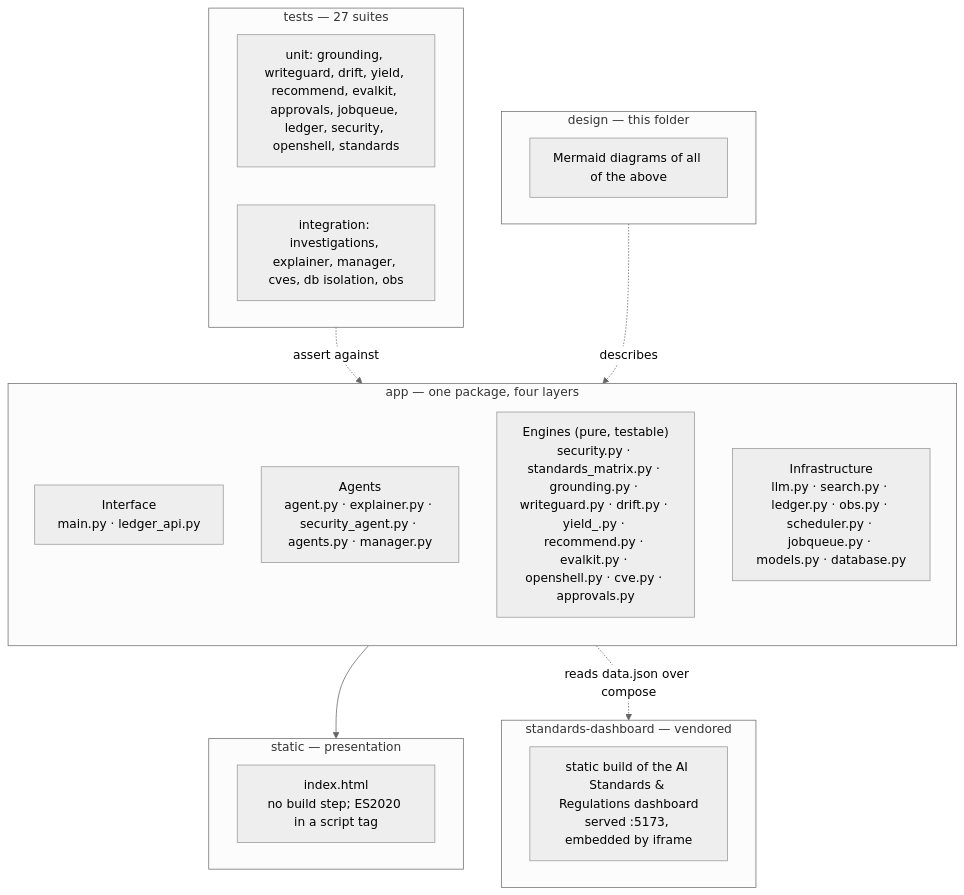
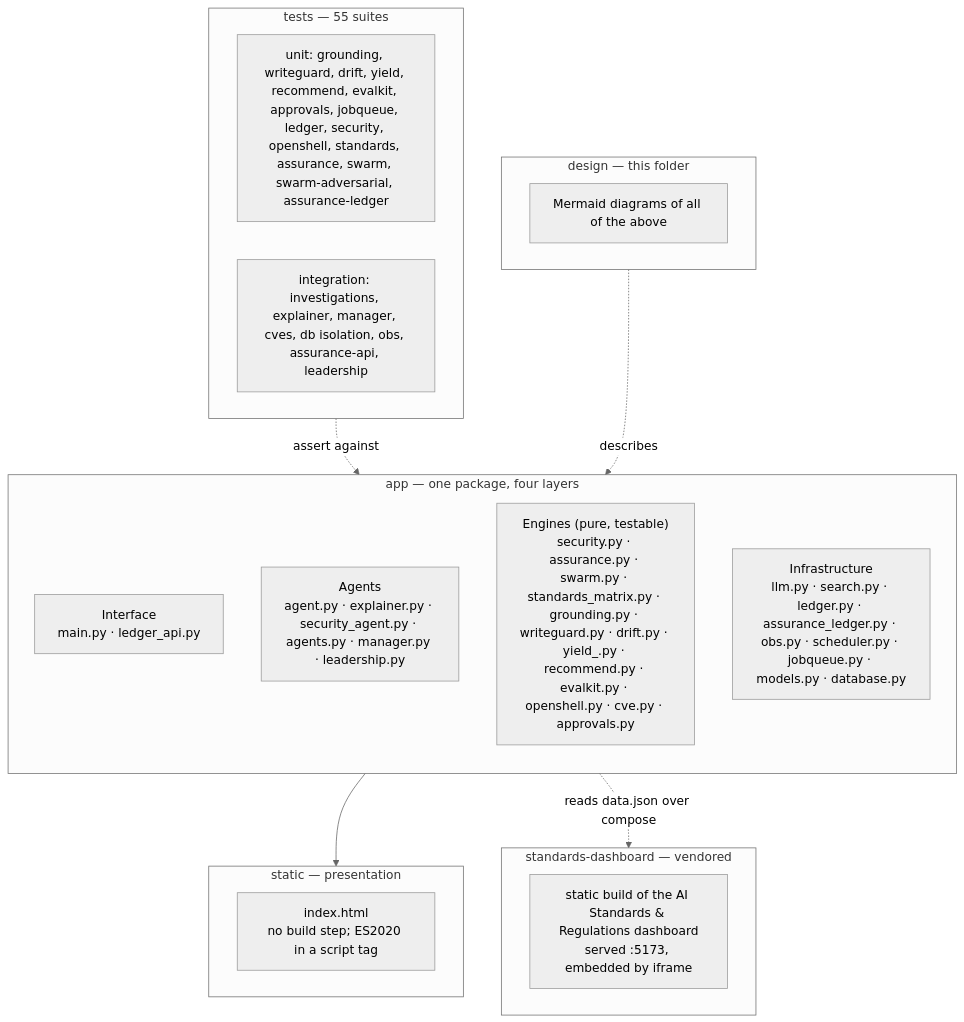
Before and after one commit to harishgovardhandamodar/agentic-knowledge-mapper: the third of 5 diagrams in design/02-uml.md, drawn with Mermaid (neutral theme). The commit also changed other lines of this file and 9 other files, not shown here.

First line of the commit message:
Documentation: assurance closed loop, UML/diagrams, design & architecture, README

````diff
--- a/design/02-uml.md
+++ b/design/02-uml.md
@@ -202,28 +264,28 @@
 ```mermaid
 flowchart TB
     subgraph P1["app — one package, four layers"]
         direction TB
         L1["Interface<br/>main.py · ledger_api.py"]
-        L2["Agents<br/>agent.py · explainer.py · security_agent.py · agents.py · manager.py"]
-        L3["Engines (pure, testable)<br/>security.py · standards_matrix.py · grounding.py · writeguard.py · drift.py · yield_.py · recommend.py · evalkit.py · openshell.py · cve.py · approvals.py"]
-        L4["Infrastructure<br/>llm.py · search.py · ledger.py · obs.py · scheduler.py · jobqueue.py · models.py · database.py"]
+        L2["Agents<br/>agent.py · explainer.py · security_agent.py · agents.py · manager.py · leadership.py"]
+        L3["Engines (pure, testable)<br/>security.py · assurance.py · swarm.py · standards_matrix.py · grounding.py · writeguard.py · drift.py · yield_.py · recommend.py · evalkit.py · openshell.py · cve.py · approvals.py"]
+        L4["Infrastructure<br/>llm.py · search.py · ledger.py · assurance_ledger.py · obs.py · scheduler.py · jobqueue.py · models.py · database.py"]
     end
     subgraph P2["static — presentation"]
         S1["index.html<br/>no build step; ES2020 in a script tag"]
     end
-    subgraph P3["tests — 27 suites"]
-        T1["unit: grounding, writeguard, drift, yield, recommend, evalkit, approvals, jobqueue, ledger, security, openshell, standards"]
-        T2["integration: investigations, explainer, manager, cves, db isolation, obs"]
+    subgraph P3["tests — 55 suites"]
+        T1["unit: grounding, writeguard, drift, yield, recommend, evalkit, approvals, jobqueue, ledger, security, openshell, standards, assurance, swarm, swarm-adversarial, assurance-ledger"]
+        T2["integration: investigations, explainer, manager, cves, db isolation, obs, assurance-api, leadership"]
     end
     subgraph P4["standards-dashboard — vendored"]
         D1["static build of the AI Standards &amp; Regulations dashboard<br/>served :5173, embedded by iframe"]
     end
     subgraph P5["design — this folder"]
         DG1["Mermaid diagrams of all of the above"]
     end
     P1 --> P2
     P3 -.->|"assert against"| P1
     P1 -.->|"reads data.json over compose"| P4
     P5 -.->|"describes"| P1
 
 ```
````
